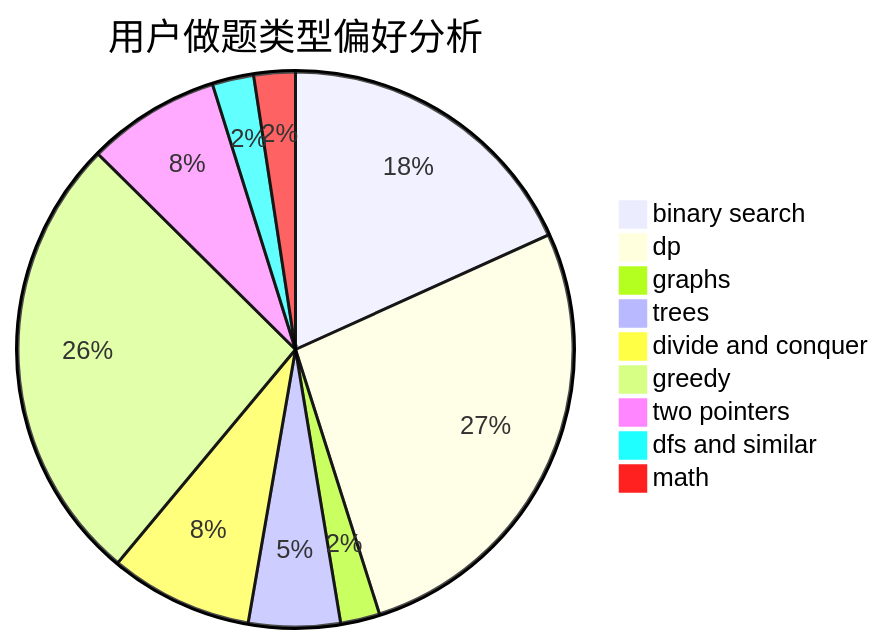
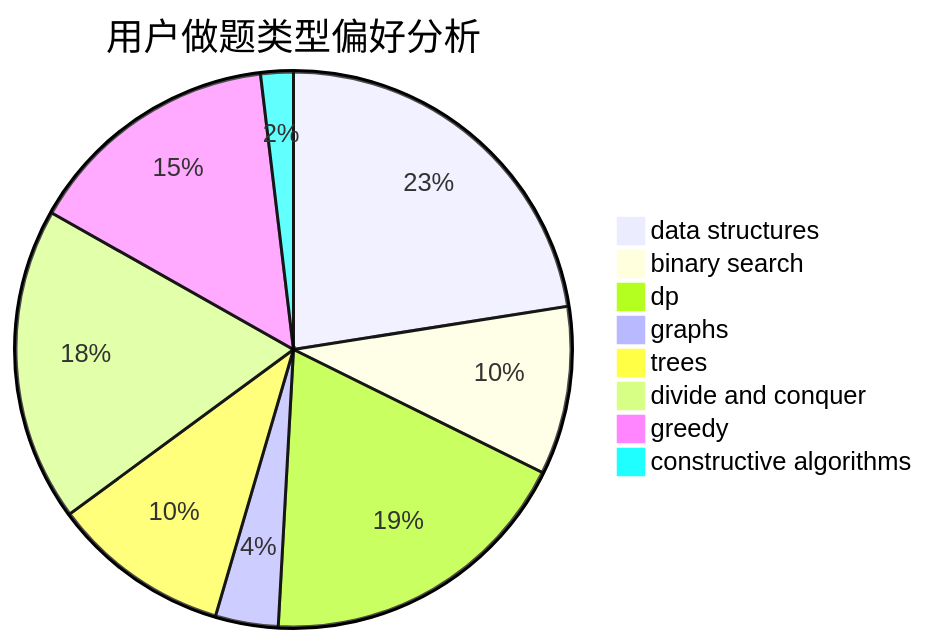
The second of 3 diagrams in docs/user/u1755.md (sherpahu/cfrs.github.io), drawn with Mermaid before and after one commit. The commit also changed other lines of this file and 2775 other files, not shown here.

````diff
--- a/docs/user/u1755.md
+++ b/docs/user/u1755.md
@@ -23,12 +23,11 @@
 ```mermaid
 pie title 用户做题类型偏好分析
-    "binary search" :  287
-    "dp" :  423
-    "graphs" :  36
-    "trees" :  84
-    "divide and conquer" :  131
-    "greedy" :  415
-    "two pointers" :  122
-    "dfs and similar" :  38
-    "math" :  38
+    "data structures" :  154
+    "binary search" :  67
+    "dp" :  127
+    "graphs" :  25
+    "trees" :  71
+    "divide and conquer" :  125
+    "greedy" :  102
+    "constructive algorithms" :  13
 ```
````
